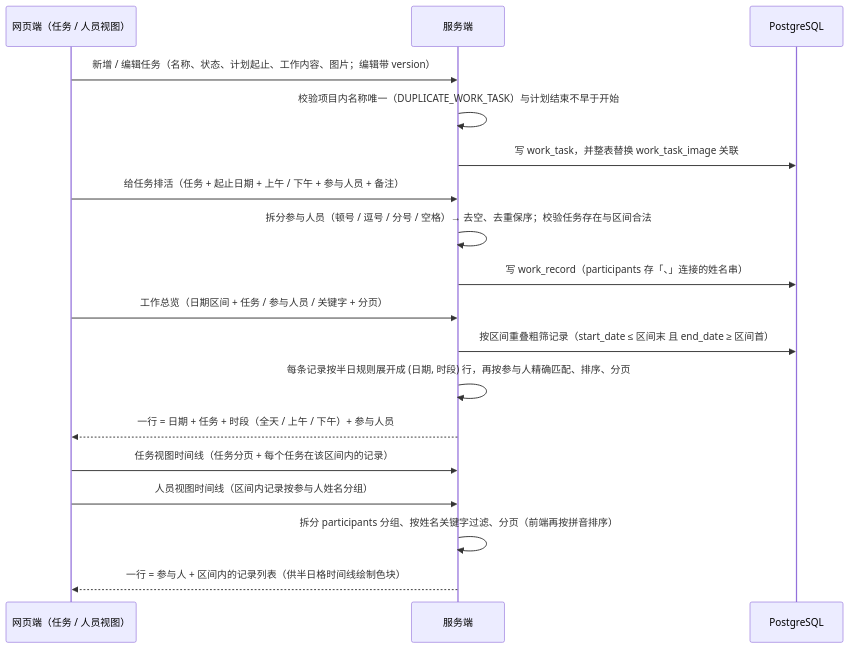
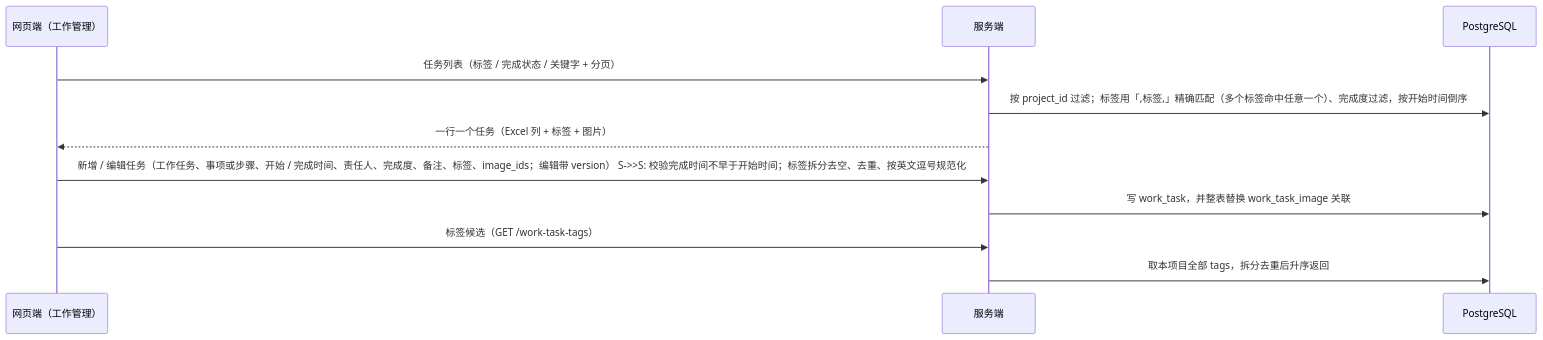
Before and after one commit to Sakana-1314/Electrical-Manager: diagram 29 of 29 in docs/websites/pages/dev-flows.md, drawn with Mermaid. The commit also changed other lines of this file and 55 other files, not shown here.

Commit message:
feat: 工作管理改为一行一个任务（标签 + 图片） (#512)

````diff
--- a/docs/websites/pages/dev-flows.md
+++ b/docs/websites/pages/dev-flows.md
@@ -553,20 +553,13 @@
 ```mermaid
 sequenceDiagram
-    participant W as 网页端（任务 / 人员视图）
+    participant W as 网页端（工作管理）
     participant S as 服务端
     participant DB as PostgreSQL
-    W->>S: 新增 / 编辑任务（名称、状态、计划起止、工作内容、图片；编辑带 version）
-    S->>S: 校验项目内名称唯一（DUPLICATE_WORK_TASK）与计划结束不早于开始
+    W->>S: 任务列表（标签 / 完成状态 / 关键字 + 分页）
+    S->>DB: 按 project_id 过滤；标签用「,标签,」精确匹配（多个标签命中任意一个）、完成度过滤，按开始时间倒序
+    S-->>W: 一行一个任务（Excel 列 + 标签 + 图片）
+    W->>S: 新增 / 编辑任务（工作任务、事项或步骤、开始 / 完成时间、责任人、完成度、备注、标签、image_ids；编辑带 version）    S->>S: 校验完成时间不早于开始时间；标签拆分去空、去重、按英文逗号规范化
     S->>DB: 写 work_task，并整表替换 work_task_image 关联
-    W->>S: 给任务排活（任务 + 起止日期 + 上午 / 下午 + 参与人员 + 备注）
-    S->>S: 拆分参与人员（顿号 / 逗号 / 分号 / 空格）→ 去空、去重保序；校验任务存在与区间合法
-    S->>DB: 写 work_record（participants 存「、」连接的姓名串）
-    W->>S: 工作总览（日期区间 + 任务 / 参与人员 / 关键字 + 分页）
-    S->>DB: 按区间重叠粗筛记录（start_date ≤ 区间末 且 end_date ≥ 区间首）
-    S->>S: 每条记录按半日规则展开成 (日期, 时段) 行，再按参与人精确匹配、排序、分页
-    S-->>W: 一行 = 日期 + 任务 + 时段（全天 / 上午 / 下午）+ 参与人员
-    W->>S: 任务视图时间线（任务分页 + 每个任务在该区间内的记录）
-    W->>S: 人员视图时间线（区间内记录按参与人姓名分组）
-    S->>S: 拆分 participants 分组、按姓名关键字过滤、分页（前端再按拼音排序）
-    S-->>W: 一行 = 参与人 + 区间内的记录列表（供半日格时间线绘制色块）
+    W->>S: 标签候选（GET /work-task-tags）
+    S->>DB: 取本项目全部 tags，拆分去重后升序返回
 ```
````
